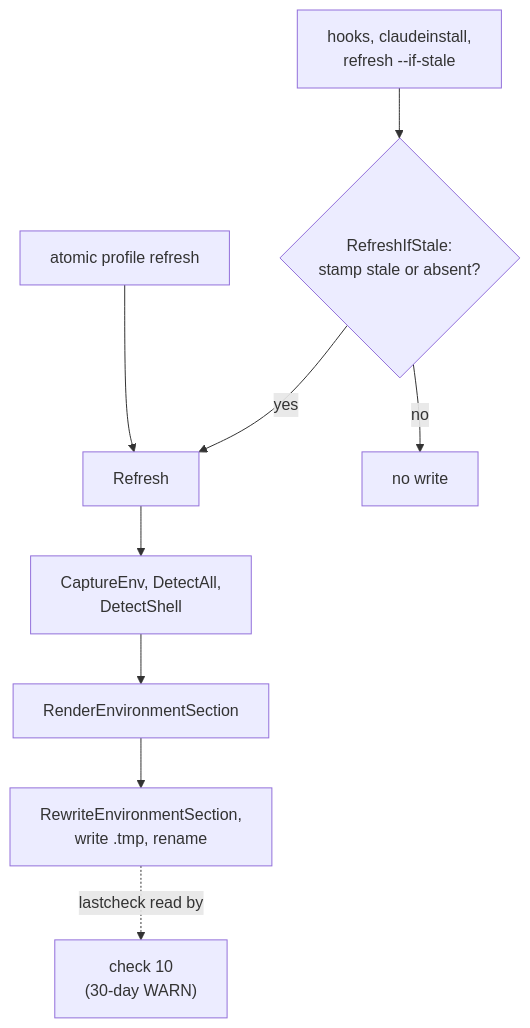
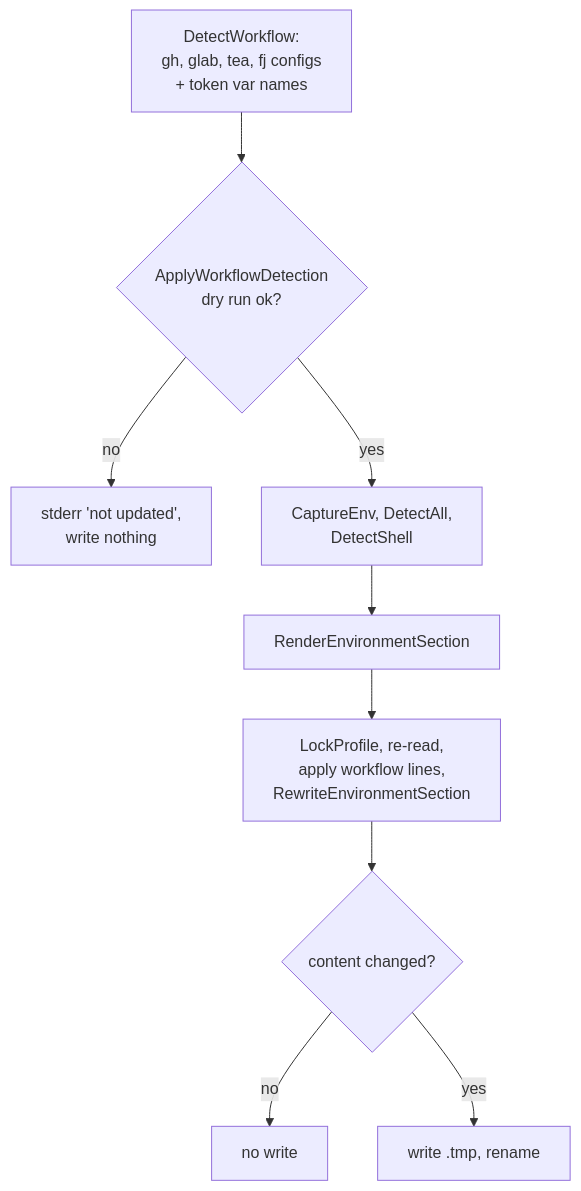
The eighth of 9 diagrams in docs/wiki/doctor.md (damusix/atomic-claude), drawn with Mermaid before and after one commit. The commit also changed other lines of this file and 795 other files, not shown here.

First line of the commit message:
feat!: run Atomic on Claude Code, OMP, and Codex

````diff
--- a/docs/wiki/doctor.md
+++ b/docs/wiki/doctor.md
@@ -131,12 +248,12 @@
 ```mermaid
 flowchart TD
-    %% source: docs/design/user-profile.md; atomic/internal/profile/refresh.go, detect.go, render.go; atomic/internal/hooks/hooks.go; atomic/internal/claudeinstall/install.go; atomic/cmd/atomic/cmd_profile.go
-    S["hooks, claudeinstall,<br/>refresh --if-stale"] --> I{"RefreshIfStale:<br/>stamp stale or absent?"}
-    F["atomic profile refresh"] --> R["Refresh"]
-    I -->|no| N["no write"]
-    I -->|yes| R
-    R --> D["CaptureEnv, DetectAll,<br/>DetectShell"]
-    D --> E["RenderEnvironmentSection"]
-    E --> W["RewriteEnvironmentSection,<br/>write .tmp, rename"]
-    W -.->|"lastcheck read by"| K["check 10<br/>(30-day WARN)"]
+    %% source: docs/design/user-profile.md; atomic/internal/profile/refresh.go, workflow.go, detect.go, render.go
+    W["DetectWorkflow:<br/>gh, glab, tea, fj configs<br/>+ token var names"] --> V{"ApplyWorkflowDetection<br/>dry run ok?"}
+    V -->|no| X["stderr 'not updated',<br/>write nothing"]
+    V -->|yes| D["CaptureEnv, DetectAll,<br/>DetectShell"]
+    D --> R["RenderEnvironmentSection"]
+    R --> K["LockProfile, re-read,<br/>apply workflow lines,<br/>RewriteEnvironmentSection"]
+    K --> T{"content changed?"}
+    T -->|no| N["no write"]
+    T -->|yes| Y["write .tmp, rename"]
 ```
````
